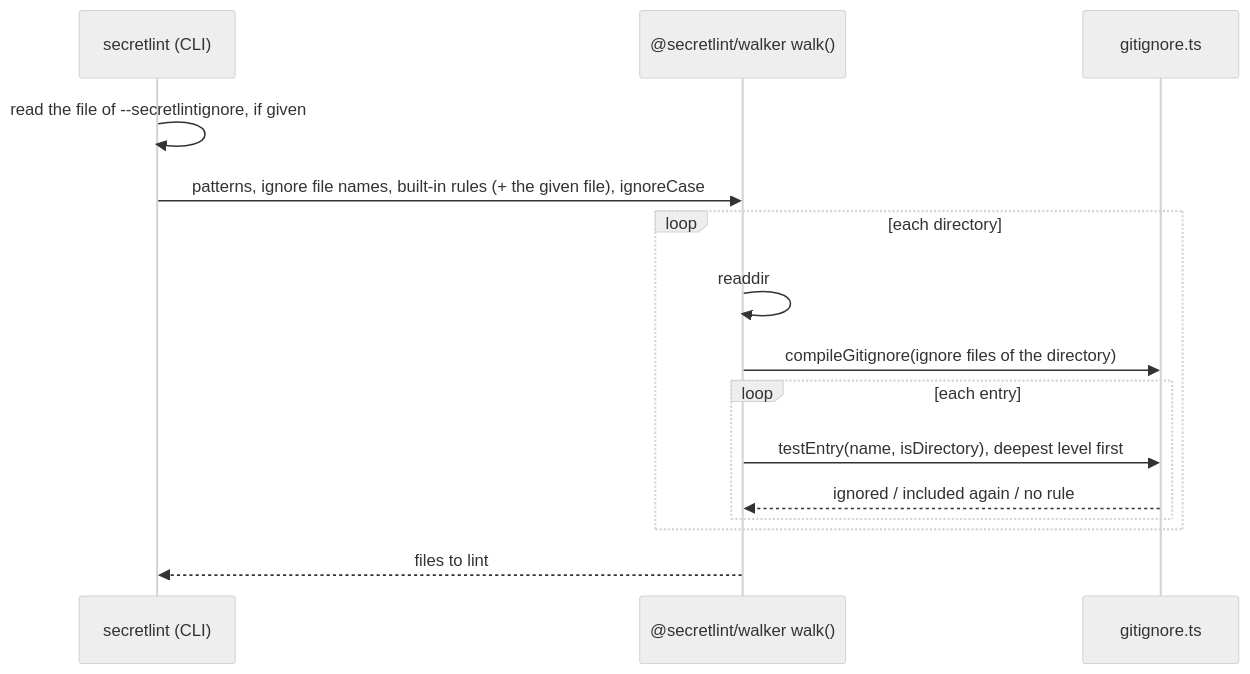
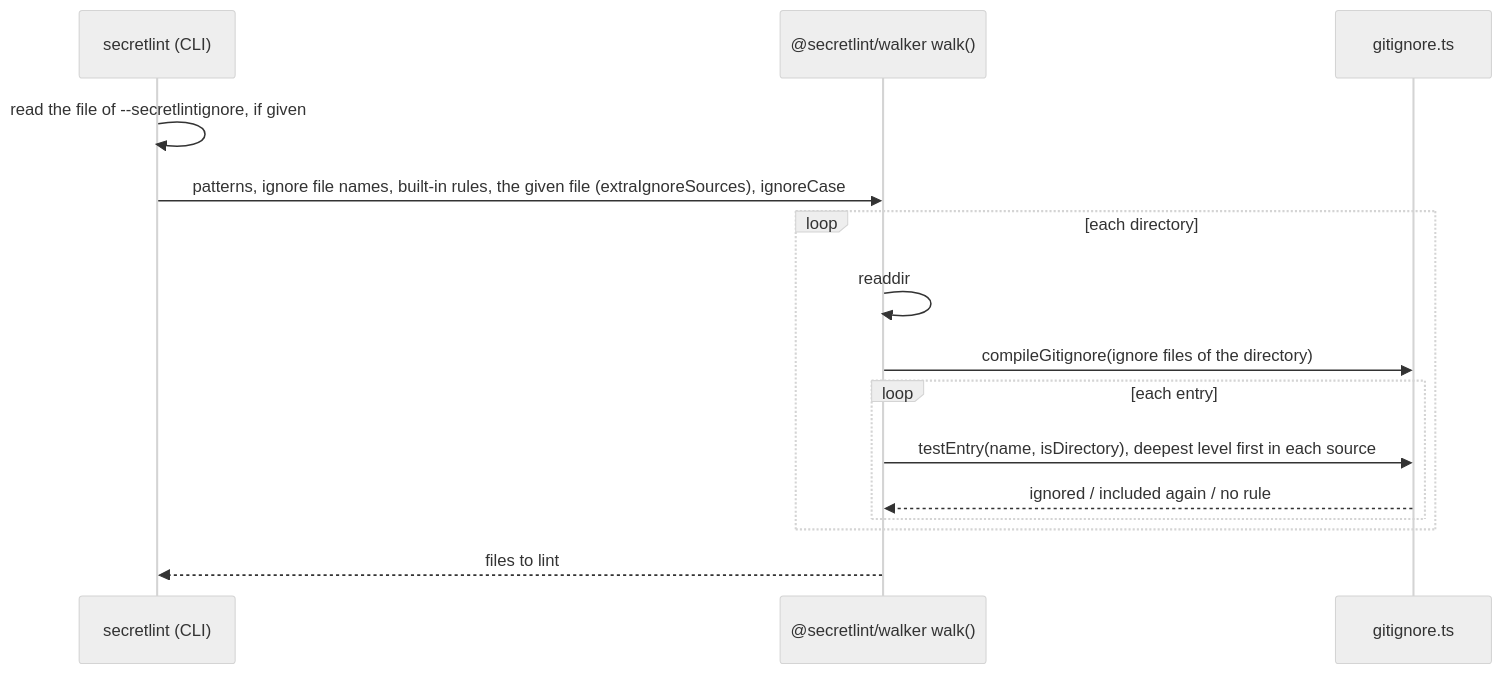
The diagram in docs/products/secretlint/features/file-selection/design.md (secretlint/secretlint), drawn with Mermaid (neutral theme) before and after one commit. The commit also changed other lines of this file and 3 other files, not shown here.

First line of the commit message:
docs(sdev): combine the sources of ignore rules; `!` includes again only within its source

````diff
--- a/docs/products/secretlint/features/file-selection/design.md
+++ b/docs/products/secretlint/features/file-selection/design.md
@@ -78,17 +81,17 @@
 ```mermaid
 sequenceDiagram
     participant CLI as secretlint (CLI)
     participant Walker as @secretlint/walker walk()
     participant Matcher as gitignore.ts
     CLI->>CLI: read the file of --secretlintignore, if given
-    CLI->>Walker: patterns, ignore file names, built-in rules (+ the given file), ignoreCase
+    CLI->>Walker: patterns, ignore file names, built-in rules, the given file (extraIgnoreSources), ignoreCase
     loop each directory
         Walker->>Walker: readdir
         Walker->>Matcher: compileGitignore(ignore files of the directory)
         loop each entry
-            Walker->>Matcher: testEntry(name, isDirectory), deepest level first
+            Walker->>Matcher: testEntry(name, isDirectory), deepest level first in each source
             Matcher-->>Walker: ignored / included again / no rule
         end
     end
     Walker-->>CLI: files to lint
 ```
````
